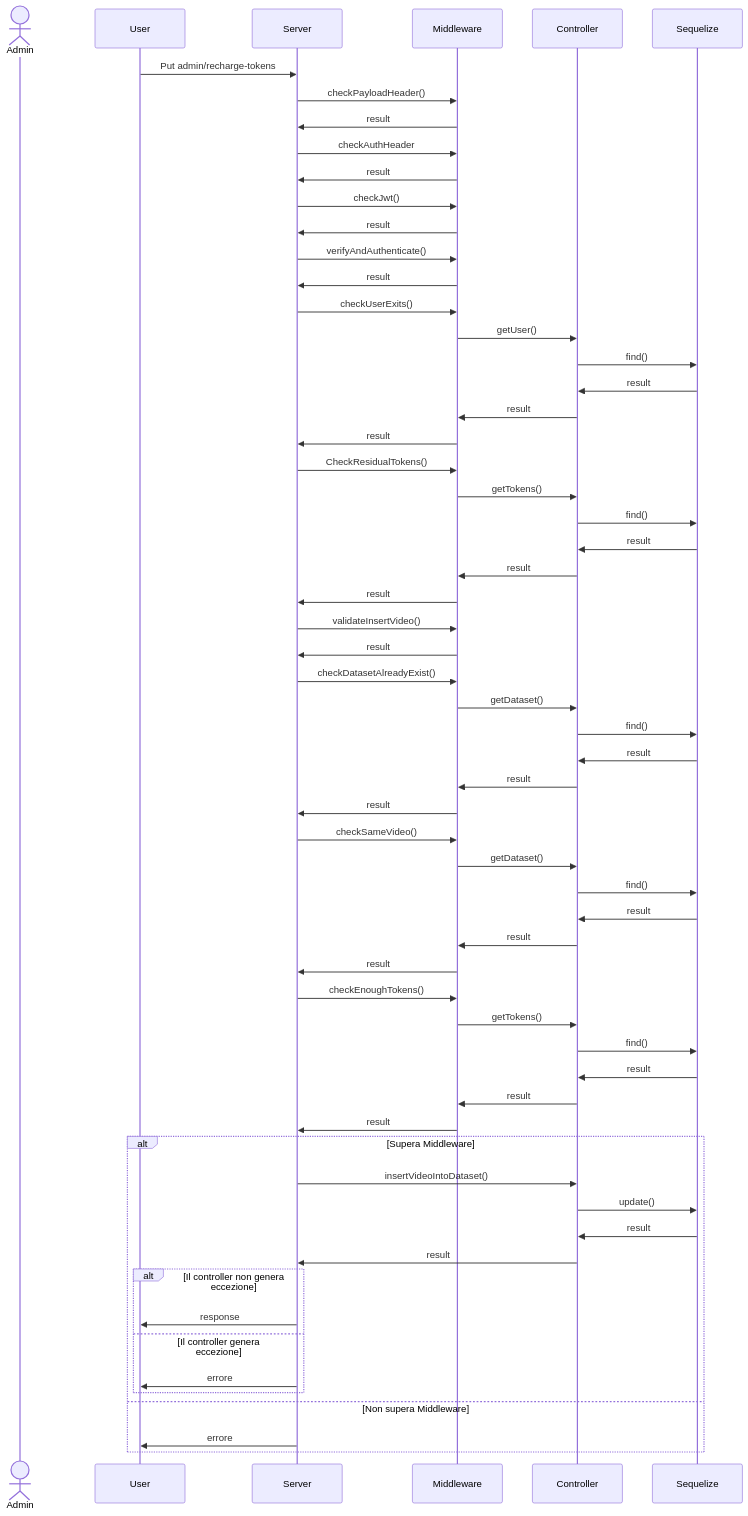
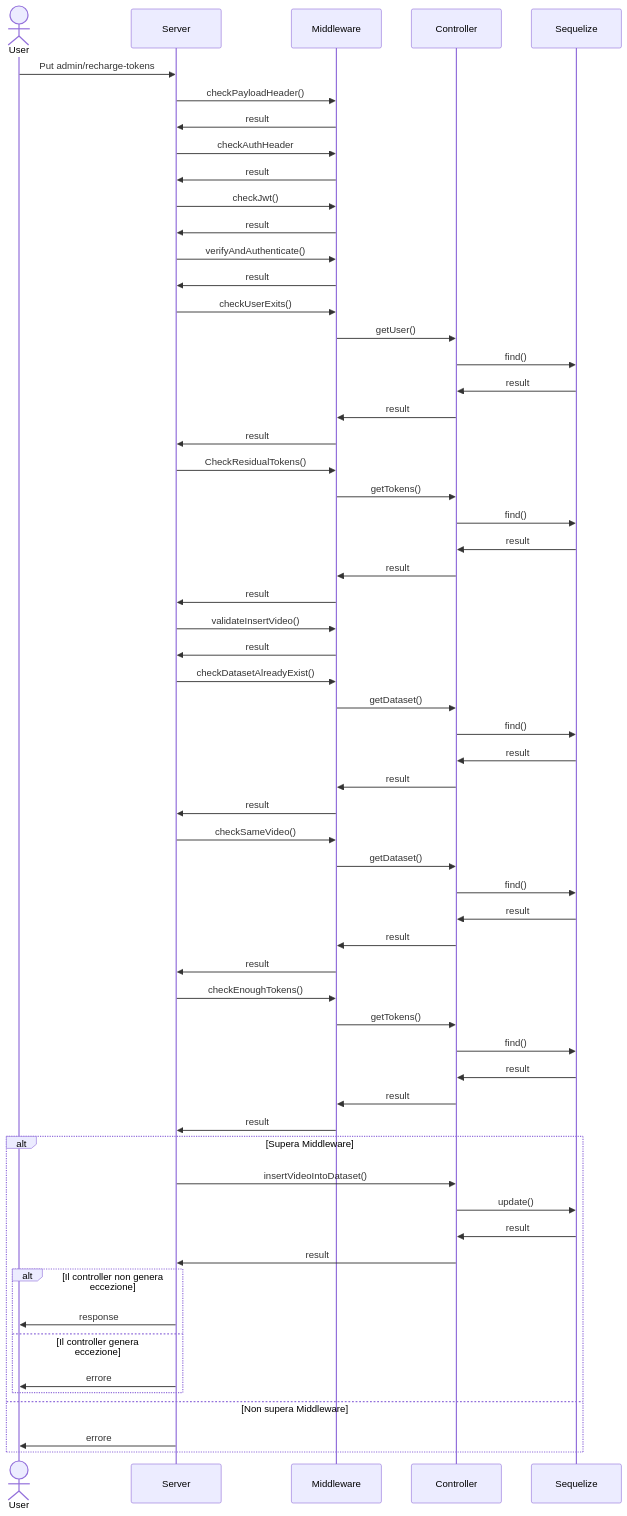
One commit to AgneseBruglia/PA2024 changed the tenth of 10 diagrams in README.md. Above: the diagram before and after it, drawn with Mermaid.

````diff
--- a/README.md
+++ b/README.md
@@ -571,71 +571,71 @@
 ```mermaid
 sequenceDiagram
-     actor Admin
+     actor User
 
     User->>Server: Put admin/recharge-tokens
 
     Server->>Middleware: checkPayloadHeader()
     Middleware->>Server: result 
     
     Server->>Middleware: checkAuthHeader
     Middleware->>Server: result
 
     Server->>Middleware: checkJwt()
     Middleware->>Server: result
 
     Server->>Middleware: verifyAndAuthenticate()
     Middleware->>Server: result
 
     Server->>Middleware: checkUserExits()
     Middleware->>Controller: getUser()
     Controller->>Sequelize: find()
     Sequelize->>Controller: result
     Controller->>Middleware: result
     Middleware->>Server: result
 
     Server->>Middleware: CheckResidualTokens()
     Middleware->>Controller: getTokens()
     Controller->>Sequelize: find()
     Sequelize->>Controller: result
     Controller->>Middleware: result
     Middleware->>Server: result
 
     Server->>Middleware: validateInsertVideo()
     Middleware->>Server: result
 
     Server->>Middleware: checkDatasetAlreadyExist()
     Middleware->>Controller: getDataset()
     Controller->>Sequelize: find()
     Sequelize->>Controller: result
     Controller->>Middleware: result
     Middleware->>Server: result
 
     Server->>Middleware: checkSameVideo()
     Middleware->>Controller: getDataset()
     Controller->>Sequelize: find()
     Sequelize->>Controller: result
     Controller->>Middleware: result
     Middleware->>Server: result
 
     Server->>Middleware: checkEnoughTokens()
     Middleware->>Controller: getTokens()
     Controller->>Sequelize: find()
     Sequelize->>Controller: result
     Controller->>Middleware: result
     Middleware->>Server: result
-
+    
 
     alt Supera Middleware
         Server->>Controller: insertVideoIntoDataset()
         Controller->>Sequelize: update()
         Sequelize->>Controller: result
         Controller->>Server:result
         alt Il controller non genera eccezione
              Server->>User: response
         else Il controller genera eccezione
              Server->>User: errore
         end 
     else  Non supera Middleware
         Server->>User: errore
     end
 ```
````
